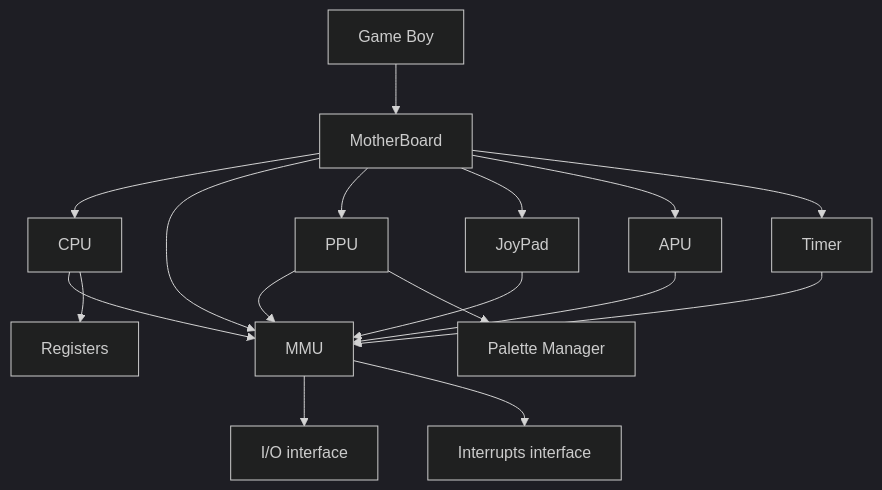
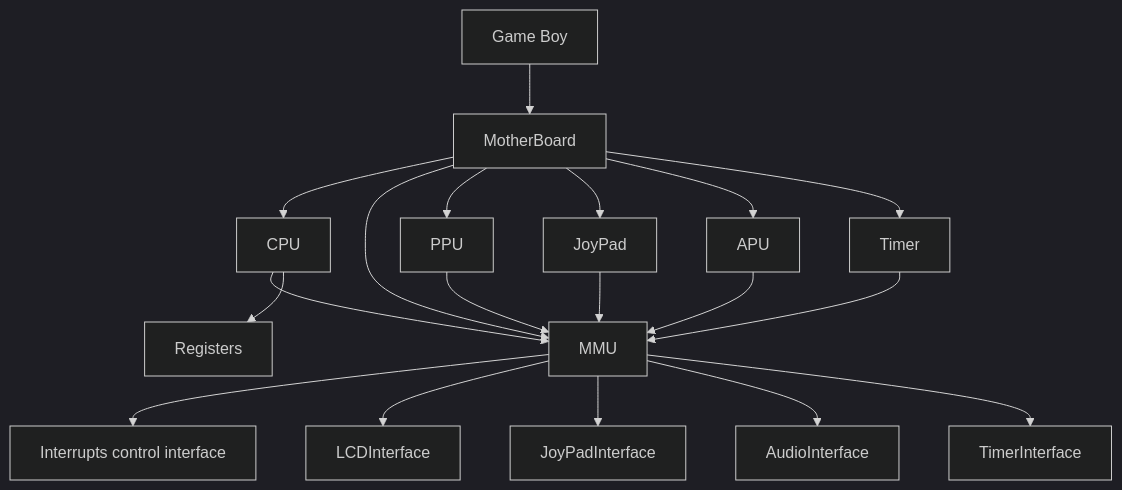
One commit to MarcAlx/GBKit changed the diagram in README.md. Above: the diagram before and after it, drawn with Mermaid (dark theme). The commit also changed other lines of this file and 2 other files, not shown here.

Commit message:
[doc] update README.md

````diff
--- a/README.md
+++ b/README.md
@@ -29,35 +29,38 @@
 ```mermaid
 graph TB;
   GB[Game Boy]
   MB[MotherBoard]
   CPU[CPU]
   MMU[MMU]
-  APU[APU]
-  IO[I/O interface]
+  APU[APU]           
+  LCDI[LCDInterface]
+  TIMI[TimerInterface]
+  JOYI[JoyPadInterface]
+  AUDIOI[AudioInterface]
   JOY[JoyPad]
   R[Registers]
-  INT[Interrupts interface]
-  PM[Palette Manager]
+  INT[Interrupts control interface]
   TIM[Timer]
 
   GB --> MB;
 
   MB --> CPU;
   MB --> MMU;
   MB --> PPU;
   MB --> JOY;
   MB --> APU;
   MB --> TIM;
 
-  MMU --> IO;
   MMU --> INT;
+  MMU --> LCDI;
+  MMU --> JOYI;
+  MMU --> AUDIOI;
+  MMU --> TIMI;
 
   CPU --> MMU;
   CPU --> R
   PPU --> MMU;
   JOY --> MMU;
   TIM --> MMU;
   APU --> MMU;
-
-  PPU --> PM;
 ```
````
